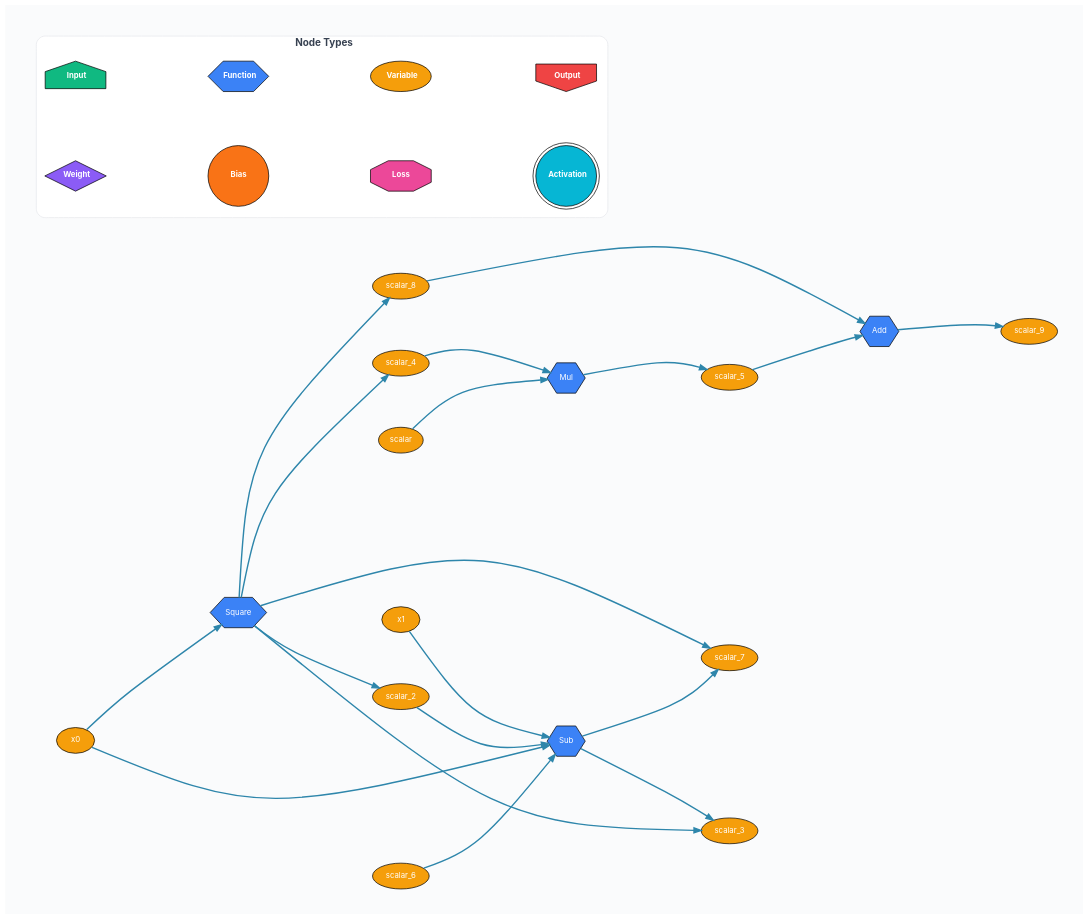
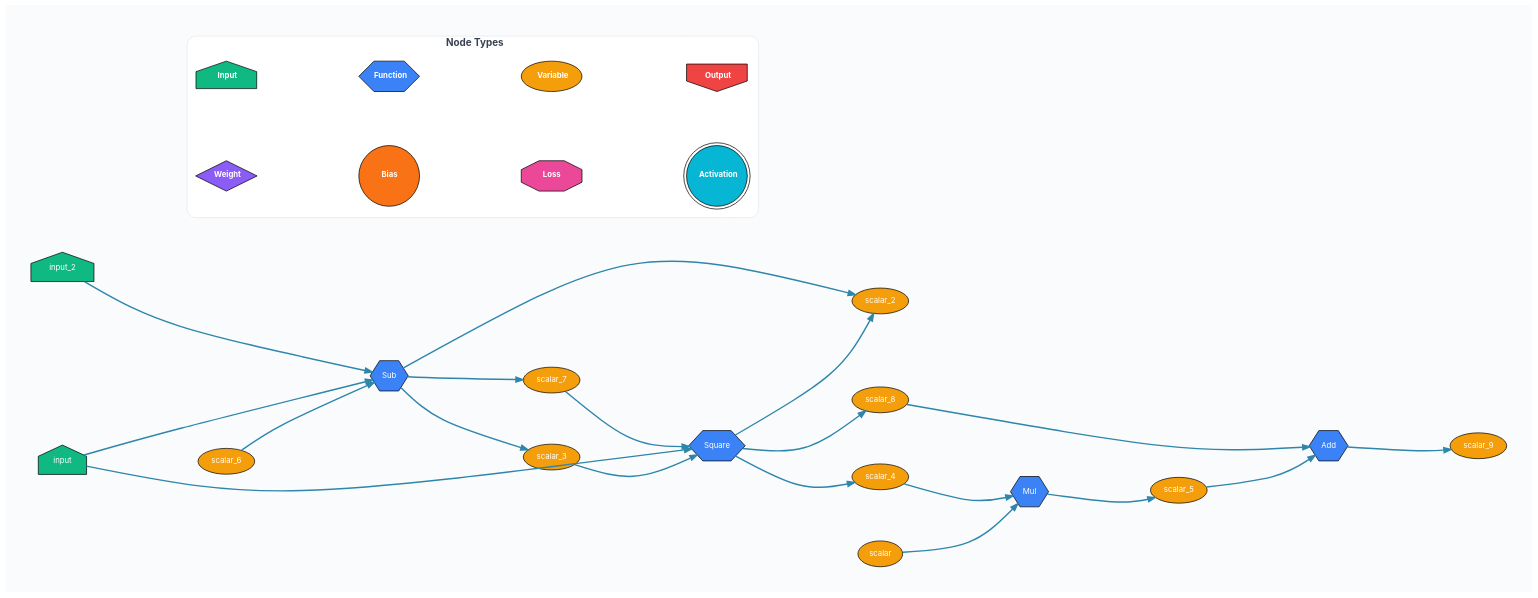
Before and after one commit to 3QNRpDwD/TrenchDeep: the diagram in graph/rosenbrock.dot, drawn with Graphviz. The commit also changed 24 other files, not shown here.

Commit message:
Refactor node_id handling and update graph visualization in multiple files

```diff
--- a/graph/rosenbrock.dot
+++ b/graph/rosenbrock.dot
@@ -1,82 +1,83 @@
 digraph ComputationGraph {
 // 모던한 전체 스타일링
 bgcolor="#FAFBFC";
 rankdir=LR;
 splines=curved;
 nodesep=1.0;
 ranksep=2.0;
 pad=0.5;
 
 // 기본 노드/엣지 스타일
 node [fontname="SF Pro Display, -apple-system, BlinkMacSystemFont, Segoe UI, Roboto, Arial", fontsize=11, margin=0.1];
 edge [fontname="SF Pro Display, -apple-system, BlinkMacSystemFont, Segoe UI, Roboto, Arial", fontsize=9, color="#6B7280", penwidth=1.5];
 
-    "NodeId(41)" [label="Mul", shape=hexagon, style="filled", fillcolor="#3B82F6", fontcolor="white"];
-    "NodeId(36)" [label="x0", shape=ellipse, style="filled", fillcolor="#F59E0B", fontcolor="white"];
-    "NodeId(63)" [label="scalar_7", shape=ellipse, style="filled", fillcolor="#F59E0B", fontcolor="white"];
-    "NodeId(65)" [label="scalar_9", shape=ellipse, style="filled", fillcolor="#F59E0B", fontcolor="white"];
-    "NodeId(40)" [label="Square", shape=hexagon, style="filled", fillcolor="#3B82F6", fontcolor="white"];
-    "NodeId(45)" [label="scalar", shape=ellipse, style="filled", fillcolor="#F59E0B", fontcolor="white"];
-    "NodeId(61)" [label="scalar_6", shape=ellipse, style="filled", fillcolor="#F59E0B", fontcolor="white"];
-    "NodeId(39)" [label="Add", shape=hexagon, style="filled", fillcolor="#3B82F6", fontcolor="white"];
+    "NodeId(7)" [label="input_2", shape=house, style="filled", fillcolor="#10B981", fontcolor="white"];
+    "NodeId(70)" [label="scalar_8", shape=ellipse, style="filled", fillcolor="#F59E0B", fontcolor="white"];
+    "NodeId(55)" [label="scalar_5", shape=ellipse, style="filled", fillcolor="#F59E0B", fontcolor="white"];
+    "NodeId(10)" [label="Square", shape=hexagon, style="filled", fillcolor="#3B82F6", fontcolor="white"];
+    "NodeId(8)" [label="Sub", shape=hexagon, style="filled", fillcolor="#3B82F6", fontcolor="white"];
+    "NodeId(65)" [label="scalar_7", shape=ellipse, style="filled", fillcolor="#F59E0B", fontcolor="white"];
+    "NodeId(73)" [label="scalar_9", shape=ellipse, style="filled", fillcolor="#F59E0B", fontcolor="white"];
+    "NodeId(19)" [label="scalar", shape=ellipse, style="filled", fillcolor="#F59E0B", fontcolor="white"];
+    "NodeId(52)" [label="scalar_4", shape=ellipse, style="filled", fillcolor="#F59E0B", fontcolor="white"];
+    "NodeId(11)" [label="Mul", shape=hexagon, style="filled", fillcolor="#3B82F6", fontcolor="white"];
     "NodeId(48)" [label="scalar_3", shape=ellipse, style="filled", fillcolor="#F59E0B", fontcolor="white"];
-    "NodeId(46)" [label="scalar_2", shape=ellipse, style="filled", fillcolor="#F59E0B", fontcolor="white"];
-    "NodeId(51)" [label="scalar_4", shape=ellipse, style="filled", fillcolor="#F59E0B", fontcolor="white"];
-    "NodeId(56)" [label="scalar_5", shape=ellipse, style="filled", fillcolor="#F59E0B", fontcolor="white"];
-    "NodeId(37)" [label="x1", shape=ellipse, style="filled", fillcolor="#F59E0B", fontcolor="white"];
-    "NodeId(64)" [label="scalar_8", shape=ellipse, style="filled", fillcolor="#F59E0B", fontcolor="white"];
-    "NodeId(38)" [label="Sub", shape=hexagon, style="filled", fillcolor="#3B82F6", fontcolor="white"];
+    "NodeId(64)" [label="scalar_6", shape=ellipse, style="filled", fillcolor="#F59E0B", fontcolor="white"];
+    "NodeId(6)" [label="input", shape=house, style="filled", fillcolor="#10B981", fontcolor="white"];
+    "NodeId(9)" [label="Add", shape=hexagon, style="filled", fillcolor="#3B82F6", fontcolor="white"];
+    "NodeId(25)" [label="scalar_2", shape=ellipse, style="filled", fillcolor="#F59E0B", fontcolor="white"];
+    { rank=source; "NodeId(7)"; "NodeId(6)"; }
 
     // 범례 - 모던 스타일
     subgraph cluster_legend {
         label=<<B>Node Types</B>>;
         style="filled,rounded";
         fillcolor="#FFFFFF";
         color="#E5E7EB";
         penwidth=1;
         fontsize=14;
         fontname="SF Pro Display, -apple-system, BlinkMacSystemFont, Segoe UI, Roboto, Arial";
         fontcolor="#374151";
         margin=12;
         
         // 첫 번째 열
         legend_input [label=<<B>Input</B>>, shape=house, style="filled", fillcolor="#10B981", fontcolor="white", width=1.2, height=0.6];
         legend_func [label=<<B>Function</B>>, shape=hexagon, style="filled", fillcolor="#3B82F6", fontcolor="white", width=1.2, height=0.6];
         legend_var [label=<<B>Variable</B>>, shape=ellipse, style="filled", fillcolor="#F59E0B", fontcolor="white", width=1.2, height=0.6];
         legend_output [label=<<B>Output</B>>, shape=invhouse, style="filled", fillcolor="#EF4444", fontcolor="white", width=1.2, height=0.6];
         
         // 두 번째 열
         legend_weight [label=<<B>Weight</B>>, shape=diamond, style="filled", fillcolor="#8B5CF6", fontcolor="white", width=1.2, height=0.6];
         legend_bias [label=<<B>Bias</B>>, shape=circle, style="filled", fillcolor="#F97316", fontcolor="white", width=1.2, height=0.6];
         legend_loss [label=<<B>Loss</B>>, shape=octagon, style="filled", fillcolor="#EC4899", fontcolor="white", width=1.2, height=0.6];
         legend_activation [label=<<B>Activation</B>>, shape=doublecircle, style="filled", fillcolor="#06B6D4", fontcolor="white", width=1.2, height=0.6];
         
         // 범례 레이아웃
         { rank=same; legend_input; legend_weight; }
         { rank=same; legend_func; legend_bias; }
         { rank=same; legend_var; legend_loss; }
         { rank=same; legend_output; legend_activation; }
         
         legend_input -> legend_func -> legend_var -> legend_output [style=invis];
         legend_weight -> legend_bias -> legend_loss -> legend_activation [style=invis];
     }
 
-    "NodeId(36)" -> "NodeId(40)" [style=solid, color="#2E86AB", penwidth=2];
-    "NodeId(40)" -> "NodeId(46)" [style=solid, color="#2E86AB", penwidth=2];
-    "NodeId(37)" -> "NodeId(38)" [style=solid, color="#2E86AB", penwidth=2];
-    "NodeId(46)" -> "NodeId(38)" [style=solid, color="#2E86AB", penwidth=2];
-    "NodeId(38)" -> "NodeId(48)" [style=solid, color="#2E86AB", penwidth=2];
-    "NodeId(48)" -> "NodeId(40)" [style=solid, color="#2E86AB", penwidth=2];
-    "NodeId(40)" -> "NodeId(51)" [style=solid, color="#2E86AB", penwidth=2];
-    "NodeId(45)" -> "NodeId(41)" [style=solid, color="#2E86AB", penwidth=2];
-    "NodeId(51)" -> "NodeId(41)" [style=solid, color="#2E86AB", penwidth=2];
-    "NodeId(41)" -> "NodeId(56)" [style=solid, color="#2E86AB", penwidth=2];
-    "NodeId(61)" -> "NodeId(38)" [style=solid, color="#2E86AB", penwidth=2];
-    "NodeId(36)" -> "NodeId(38)" [style=solid, color="#2E86AB", penwidth=2];
-    "NodeId(38)" -> "NodeId(63)" [style=solid, color="#2E86AB", penwidth=2];
-    "NodeId(63)" -> "NodeId(40)" [style=solid, color="#2E86AB", penwidth=2];
-    "NodeId(40)" -> "NodeId(64)" [style=solid, color="#2E86AB", penwidth=2];
-    "NodeId(56)" -> "NodeId(39)" [style=solid, color="#2E86AB", penwidth=2];
-    "NodeId(64)" -> "NodeId(39)" [style=solid, color="#2E86AB", penwidth=2];
-    "NodeId(39)" -> "NodeId(65)" [style=solid, color="#2E86AB", penwidth=2];
+    "NodeId(6)" -> "NodeId(10)" [style=solid, color="#2E86AB", penwidth=2];
+    "NodeId(10)" -> "NodeId(25)" [style=solid, color="#2E86AB", penwidth=2];
+    "NodeId(7)" -> "NodeId(8)" [style=solid, color="#2E86AB", penwidth=2];
+    "NodeId(25)" -> "NodeId(8)" [style=solid, color="#2E86AB", penwidth=2];
+    "NodeId(8)" -> "NodeId(48)" [style=solid, color="#2E86AB", penwidth=2];
+    "NodeId(48)" -> "NodeId(10)" [style=solid, color="#2E86AB", penwidth=2];
+    "NodeId(10)" -> "NodeId(52)" [style=solid, color="#2E86AB", penwidth=2];
+    "NodeId(19)" -> "NodeId(11)" [style=solid, color="#2E86AB", penwidth=2];
+    "NodeId(52)" -> "NodeId(11)" [style=solid, color="#2E86AB", penwidth=2];
+    "NodeId(11)" -> "NodeId(55)" [style=solid, color="#2E86AB", penwidth=2];
+    "NodeId(64)" -> "NodeId(8)" [style=solid, color="#2E86AB", penwidth=2];
+    "NodeId(6)" -> "NodeId(8)" [style=solid, color="#2E86AB", penwidth=2];
+    "NodeId(8)" -> "NodeId(65)" [style=solid, color="#2E86AB", penwidth=2];
+    "NodeId(65)" -> "NodeId(10)" [style=solid, color="#2E86AB", penwidth=2];
+    "NodeId(10)" -> "NodeId(70)" [style=solid, color="#2E86AB", penwidth=2];
+    "NodeId(55)" -> "NodeId(9)" [style=solid, color="#2E86AB", penwidth=2];
+    "NodeId(70)" -> "NodeId(9)" [style=solid, color="#2E86AB", penwidth=2];
+    "NodeId(9)" -> "NodeId(73)" [style=solid, color="#2E86AB", penwidth=2];
 }
```
